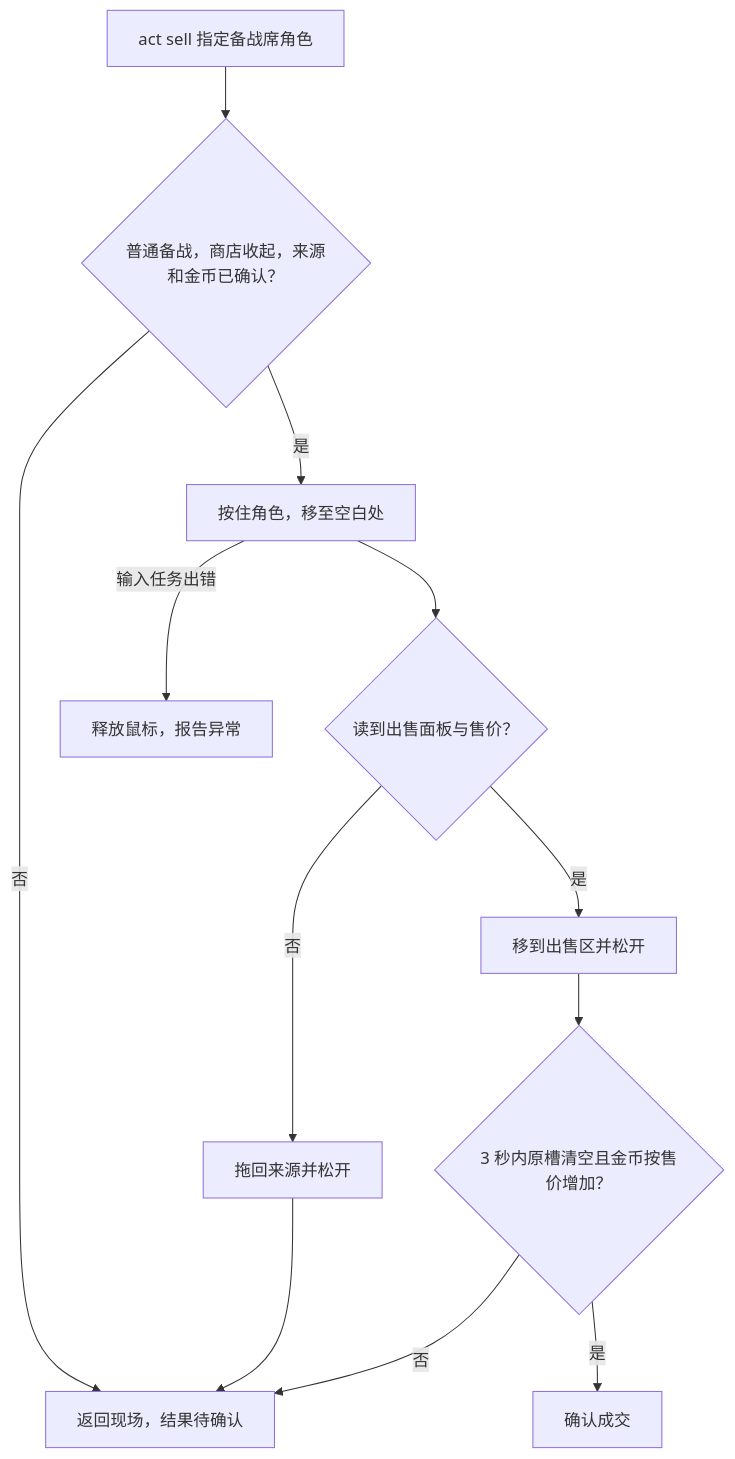
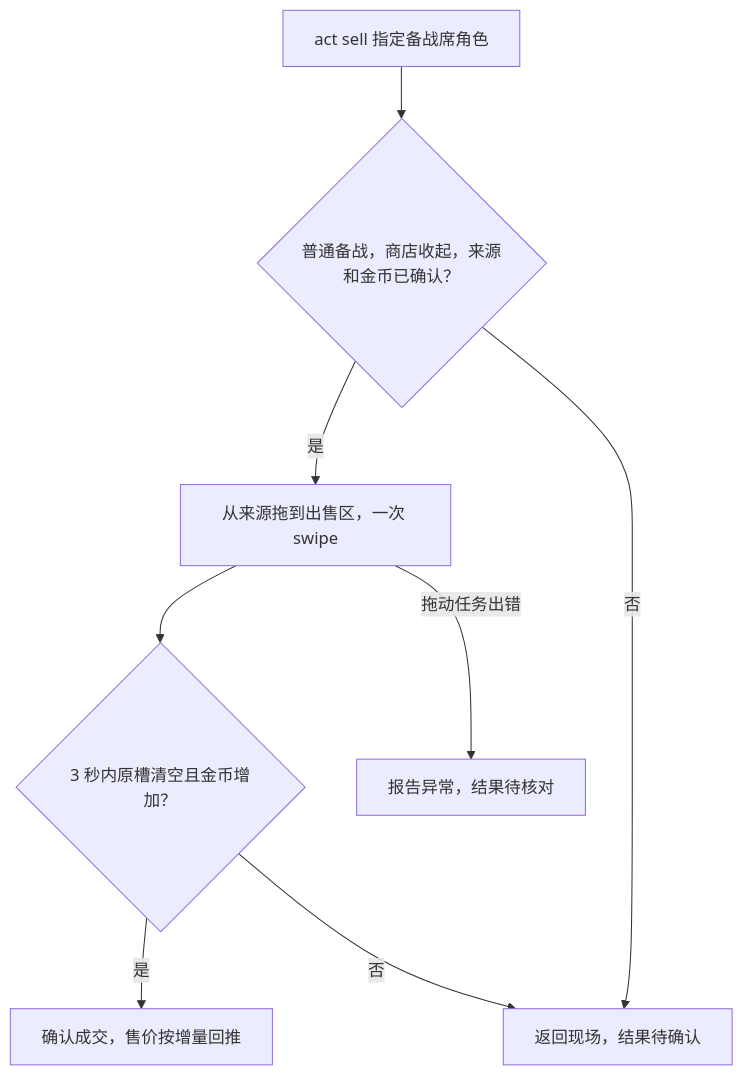
One commit to 23swccp/CurrencyWarsKit changed the sixth of 7 diagrams in design/preparation.md. Above: the diagram before and after it, drawn with Mermaid. The commit also changed other lines of this file and 30 other files, not shown here.

````diff
--- a/design/preparation.md
+++ b/design/preparation.md
@@ -164,14 +172,10 @@
 ```mermaid
 flowchart TD
     Sell["act sell 指定备战席角色"] --> Ready{"普通备战，商店收起，来源和金币已确认？"}
-    Ready -->|是| Lift["按住角色，移至空白处"]
+    Ready -->|是| Drag["从来源拖到出售区，一次 swipe"]
     Ready -->|否| Pending["返回现场，结果待确认"]
-    Lift --> Price{"读到出售面板与售价？"}
-    Price -->|否| Cancel["拖回来源并松开"]
-    Cancel --> Pending
-    Price -->|是| Drop["移到出售区并松开"]
-    Drop --> Receipt{"3 秒内原槽清空且金币按售价增加？"}
-    Receipt -->|是| Sold["确认成交"]
+    Drag --> Receipt{"3 秒内原槽清空且金币增加？"}
+    Receipt -->|是| Sold["确认成交，售价按增量回推"]
     Receipt -->|否| Pending
-    Lift -->|输入任务出错| Error["释放鼠标，报告异常"]
+    Drag -->|拖动任务出错| Error["报告异常，结果待核对"]
 ```
````
